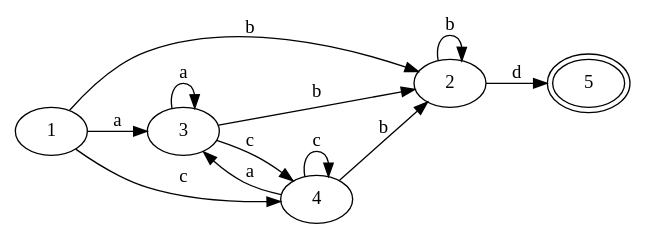
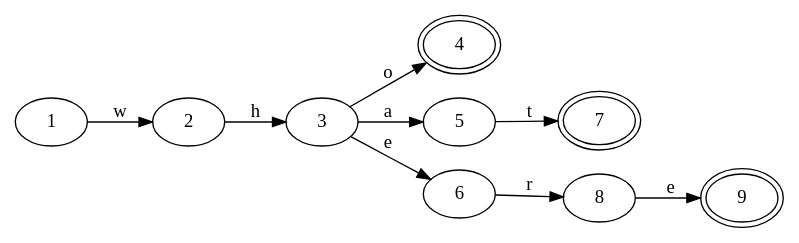
The second of 3 diagrams in lua_demo/README.md (JuanZoran/Principle-of-compilation-from-scratch), drawn with Graphviz before and after one commit. The commit also changed other lines of this file and 1 other file, not shown here.

````diff
--- a/lua_demo/README.md
+++ b/lua_demo/README.md
@@ -42,17 +51,16 @@
 ```dot
 digraph {
 rankdir = LR
-5 [peripheries=2]
-1 -> 2 [label="b"]
-1 -> 3 [label="a"]
-1 -> 4 [label="c"]
-2 -> 2 [label="b"]
-2 -> 5 [label="d"]
-3 -> 2 [label="b"]
-3 -> 3 [label="a"]
-3 -> 4 [label="c"]
-4 -> 2 [label="b"]
-4 -> 3 [label="a"]
-4 -> 4 [label="c"]
+4 [peripheries=2]
+7 [peripheries=2]
+9 [peripheries=2]
+1 -> 2 [label="w"]
+2 -> 3 [label="h"]
+3 -> 4 [label="o"]
+3 -> 5 [label="a"]
+3 -> 6 [label="e"]
+5 -> 7 [label="t"]
+6 -> 8 [label="r"]
+8 -> 9 [label="e"]
 }
 ```
````
